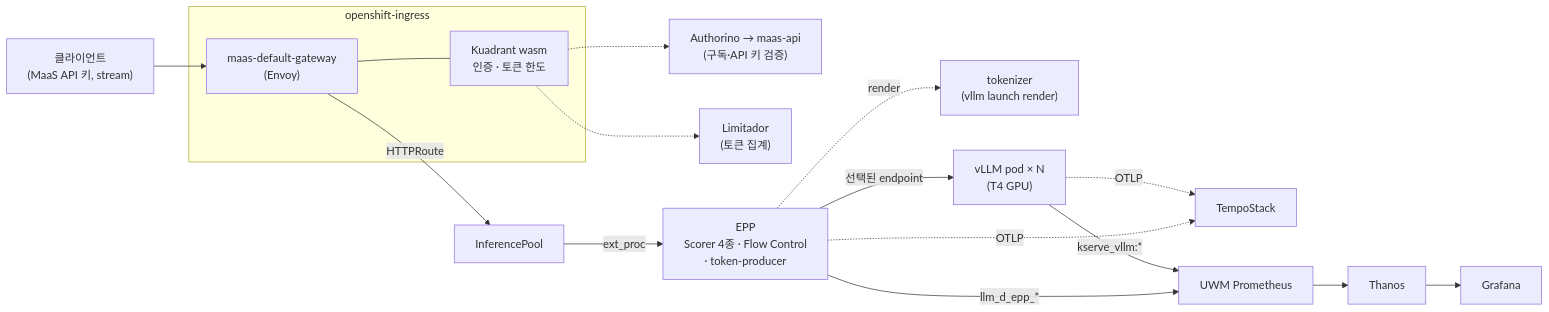
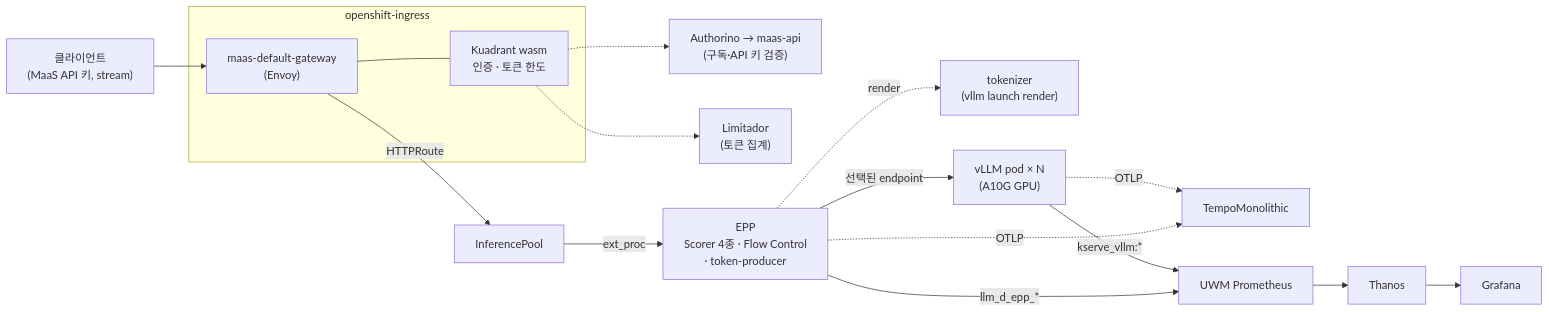
The diagram in README.md (jangminjun/openshift-ai-llmd-demo), drawn with Mermaid before and after one commit. The commit also changed other lines of this file and 23 other files, not shown here.

````diff
--- a/README.md
+++ b/README.md
@@ -36,20 +36,20 @@
 ```mermaid
 flowchart LR
     C["클라이언트\n(MaaS API 키, stream)"] --> GW
     subgraph ingress["openshift-ingress"]
         GW["maas-default-gateway\n(Envoy)"]
         KW["Kuadrant wasm\n인증 · 토큰 한도"]
         GW --- KW
     end
     KW -.-> AU["Authorino → maas-api\n(구독·API 키 검증)"]
     KW -.-> LI["Limitador\n(토큰 집계)"]
     GW -->|HTTPRoute| IP["InferencePool"]
     IP -->|ext_proc| EPP["EPP\nScorer 4종 · Flow Control\n· token-producer"]
     EPP -.->|render| TK["tokenizer\n(vllm launch render)"]
-    EPP -->|선택된 endpoint| V["vLLM pod × N\n(T4 GPU)"]
-    V -.->|OTLP| TEMPO["TempoStack"]
+    EPP -->|선택된 endpoint| V["vLLM pod × N\n(A10G GPU)"]
+    V -.->|OTLP| TEMPO["TempoMonolithic"]
     EPP -.->|OTLP| TEMPO
     V -->|kserve_vllm:*| UWM["UWM Prometheus"]
     EPP -->|llm_d_epp_*| UWM
     UWM --> TH["Thanos"] --> GF["Grafana"]
 ```
````
